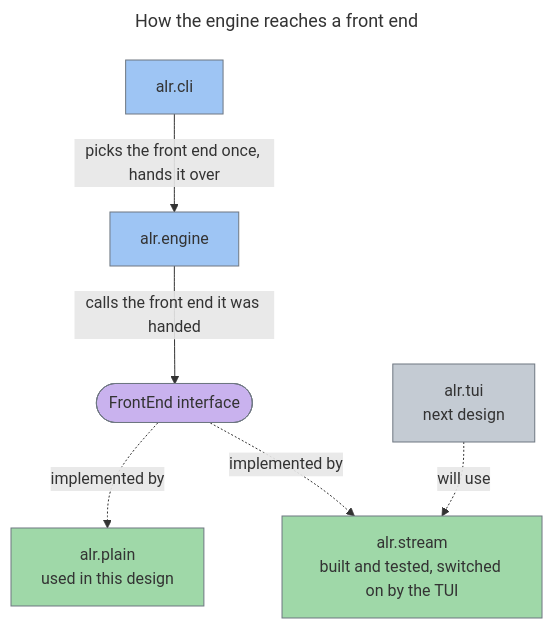
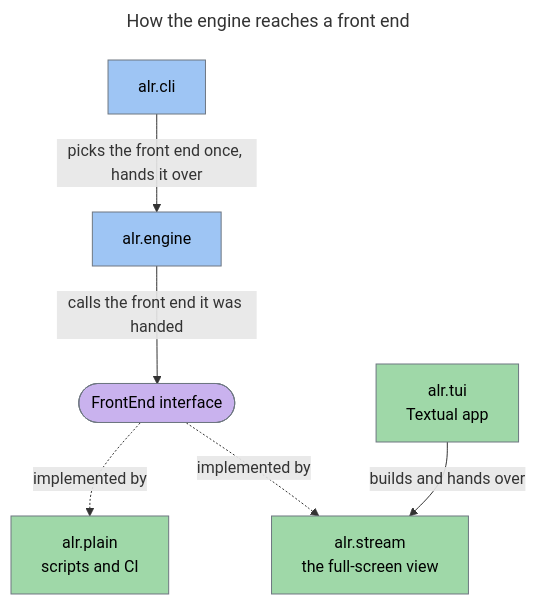
The second of 5 diagrams in docs/design/03_system_architecture.md (twistingmercury/agentic_loop_runner), drawn with Mermaid before and after one commit. The commit also changed other lines of this file and 4 other files, not shown here.

````diff
--- a/docs/design/03_system_architecture.md
+++ b/docs/design/03_system_architecture.md
@@ -55,23 +59,21 @@
 ```mermaid
 ---
 title: How the engine reaches a front end
 ---
 flowchart TD
     cli["alr.cli"]:::blue
     engine["alr.engine"]:::blue
     iface(["FrontEnd interface"]):::purple
-    plain["alr.plain<br/>used in this design"]:::green
-    stream["alr.stream<br/>built and tested, switched on by the TUI"]:::green
-    tui["alr.tui<br/>next design"]:::gray
-
-    cli -->|"picks the front end once, hands it over"| engine
-    engine -->|"calls the front end it was handed"| iface
+    plain["alr.plain<br/>scripts and CI"]:::green
+    stream["alr.stream<br/>the full-screen view"]:::green
+    tui["alr.tui<br/>Textual app"]:::green
+    cli -->|" picks the front end once, hands it over "| engine
+    engine -->|" calls the front end it was handed "| iface
     iface -.->|implemented by| plain
     iface -.->|implemented by| stream
-    tui -.->|"will use"| stream
-
-    classDef blue fill:#9ec5f4,stroke:#6e7781,color:#333333
-    classDef green fill:#9fd8a8,stroke:#6e7781,color:#333333
-    classDef purple fill:#c9b2ee,stroke:#6e7781,color:#333333
-    classDef gray fill:#c4cbd3,stroke:#6e7781,color:#333333
+    tui -->|" builds and hands over "| stream
+    classDef blue fill: #9ec5f4, stroke: #6e7781, color: #000000
+    classDef green fill: #9fd8a8, stroke: #6e7781, color: #000000
+    classDef purple fill: #c9b2ee, stroke: #6e7781, color: #000000
+    classDef gray fill: #c4cbd3, stroke: #6e7781, color: #000000
 ```
````
